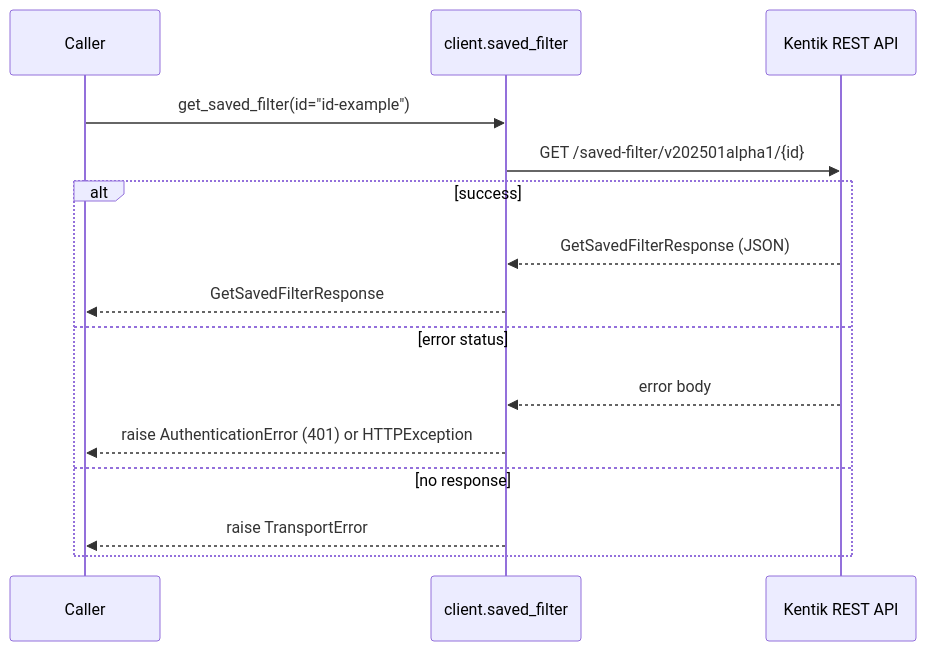
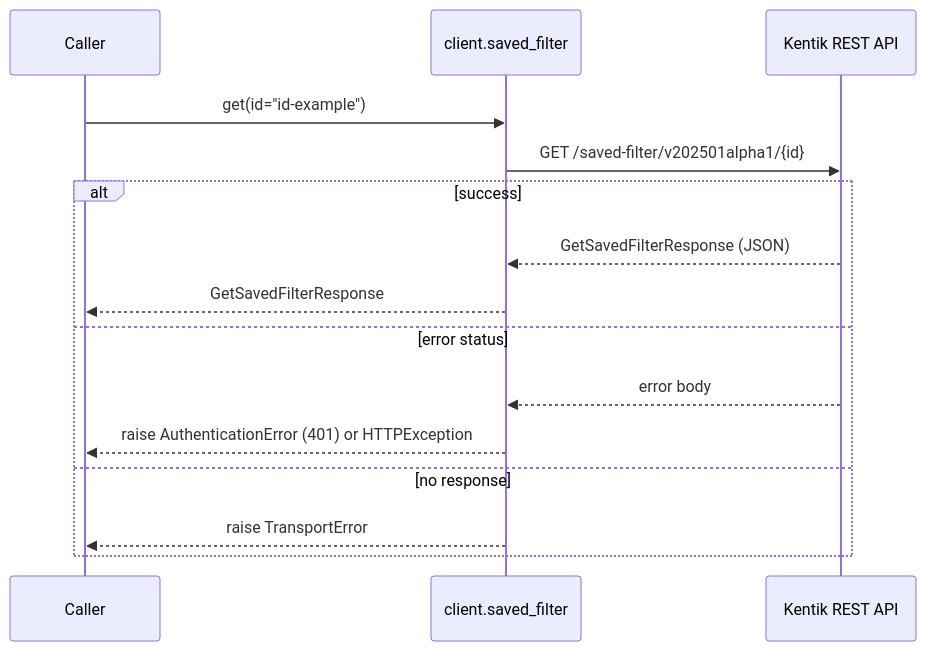
The fourth of 14 diagrams in docs/sphinx/services/saved_filter.md (alexdearaujo/community_sdk_python), drawn with Mermaid before and after one commit. The commit also changed other lines of this file and 119 other files, not shown here.

````diff
--- a/docs/sphinx/services/saved_filter.md
+++ b/docs/sphinx/services/saved_filter.md
@@ -115,18 +115,18 @@
 ```mermaid
 sequenceDiagram
     participant C as Caller
     participant W as client.saved_filter
     participant API as Kentik REST API
 
-    C->>W: get_saved_filter(id="id-example")
+    C->>W: get(id="id-example")
     W->>API: GET /saved-filter/v202501alpha1/{id}
     alt success
         API-->>W: GetSavedFilterResponse (JSON)
         W-->>C: GetSavedFilterResponse
     else error status
         API-->>W: error body
         W-->>C: raise AuthenticationError (401) or HTTPException
     else no response
         W-->>C: raise TransportError
     end
 ```
````
